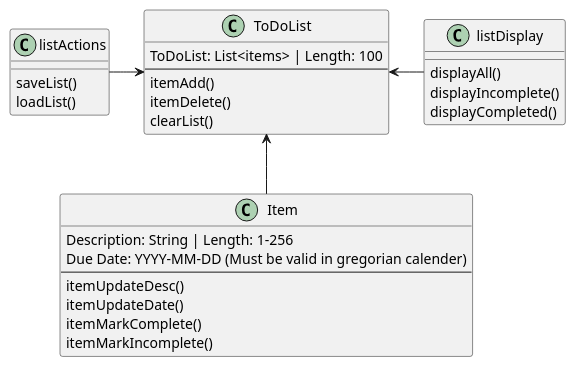
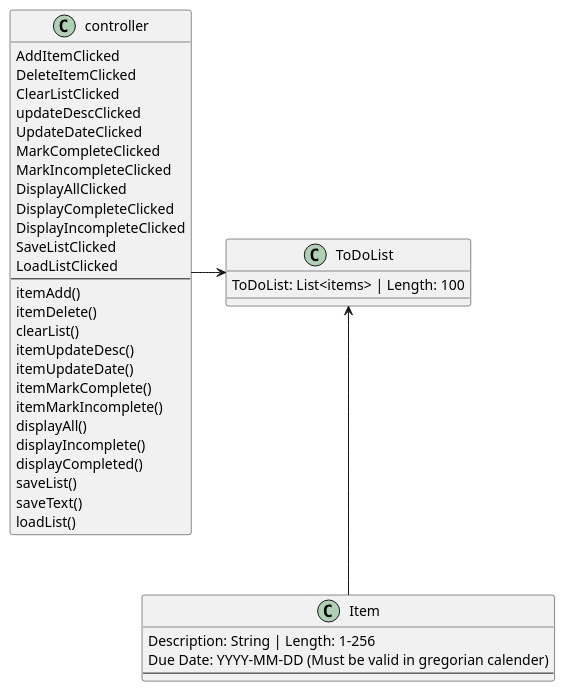
The diagram in uml/classdiagram.puml (apatheticzekrom/Giang-cop3330-assignment4part2), drawn with PlantUML before and after one commit. The commit also changed 6 other files, not shown here.

```diff
--- a/uml/classdiagram.puml
+++ b/uml/classdiagram.puml
@@ -1,37 +1,46 @@
 @startuml
 'https://plantuml.com/class-diagram
 
 class ToDoList {
 ToDoList: List<items> | Length: 100
-----
-itemAdd()
-itemDelete()
-clearList()
 }
 
 class Item {
 Description: String | Length: 1-256
 Due Date: YYYY-MM-DD (Must be valid in gregorian calender)
 ----
+}
+
+controller -> ToDoList
+ToDoList <-- Item
+
+class controller {
+AddItemClicked
+DeleteItemClicked
+ClearListClicked
+updateDescClicked
+UpdateDateClicked
+MarkCompleteClicked
+MarkIncompleteClicked
+DisplayAllClicked
+DisplayCompleteClicked
+DisplayIncompleteClicked
+SaveListClicked
+LoadListClicked
+----
+itemAdd()
+itemDelete()
+clearList()
 itemUpdateDesc()
 itemUpdateDate()
 itemMarkComplete()
 itemMarkIncomplete()
-}
-
-class listDisplay {
 displayAll()
 displayIncomplete()
 displayCompleted()
-}
-
-class listActions {
 saveList()
+saveText()
 loadList()
 }
 
-ToDoList <- listDisplay
-listActions -> ToDoList
-ToDoList <-- Item
-
 @enduml
```
